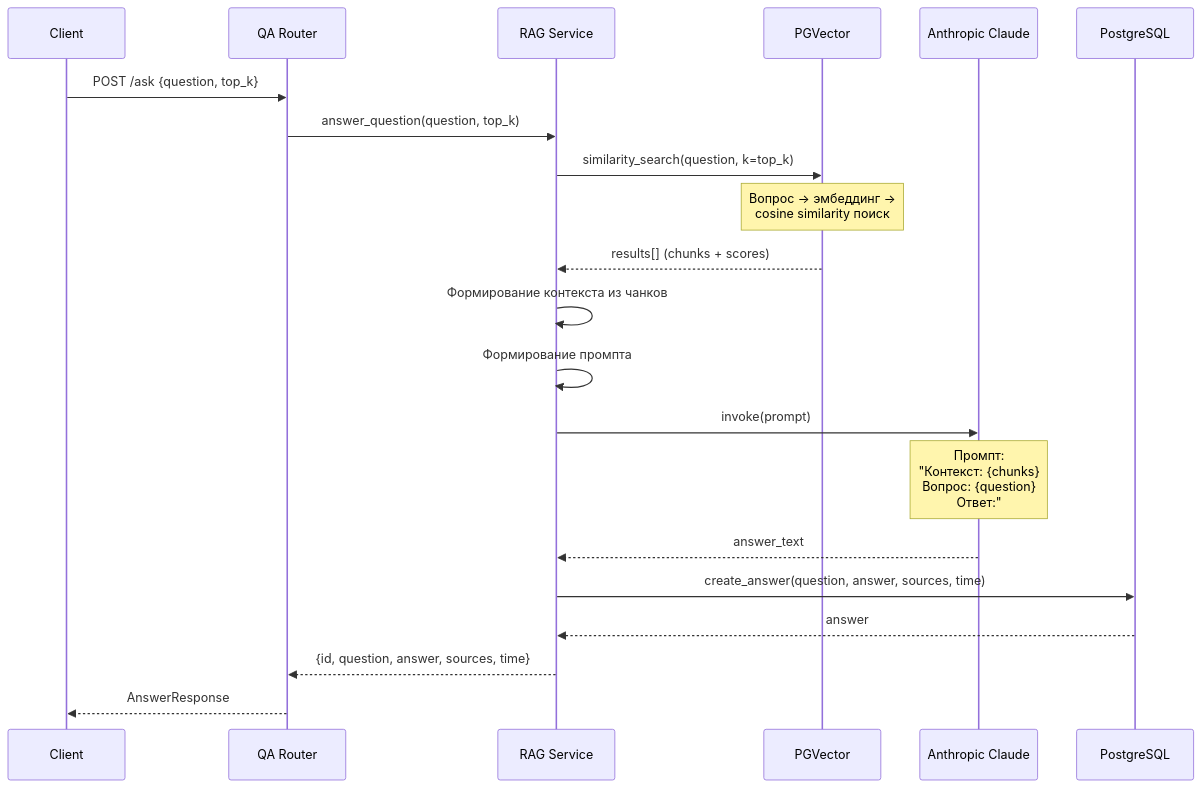
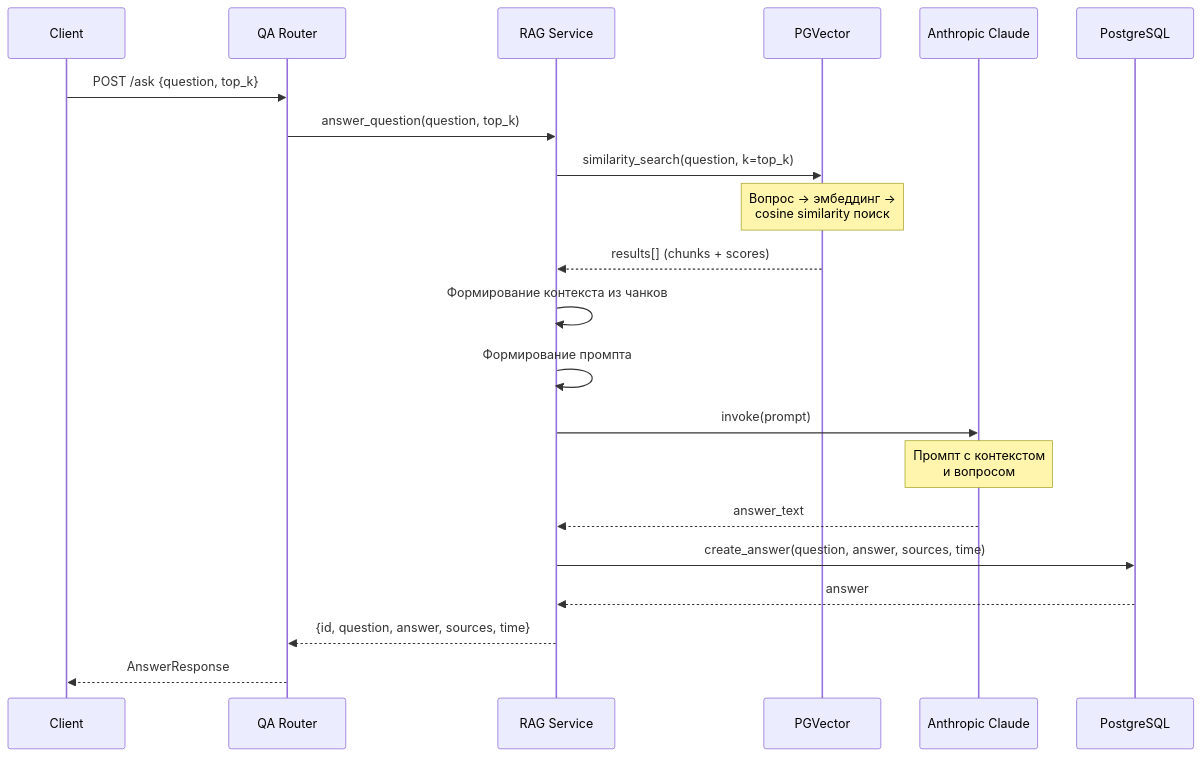
The fourth of 7 diagrams in README.md (rvnzz/docmind), drawn with Mermaid before and after one commit. The commit also changed other lines of this file, not shown here.

````diff
--- a/README.md
+++ b/README.md
@@ -292,29 +292,29 @@
 ```mermaid
 sequenceDiagram
     participant Client
     participant Router as QA Router
     participant RAG as RAG Service
     participant PGVec as PGVector
     participant LLM as Anthropic Claude
     participant DB as PostgreSQL
     
     Client->>Router: POST /ask {question, top_k}
     Router->>RAG: answer_question(question, top_k)
     
     RAG->>PGVec: similarity_search(question, k=top_k)
     Note over PGVec: Вопрос -> эмбеддинг -><br/>cosine similarity поиск
     PGVec-->>RAG: results[] (chunks + scores)
     
     RAG->>RAG: Формирование контекста из чанков
     RAG->>RAG: Формирование промпта
     
     RAG->>LLM: invoke(prompt)
-    Note over LLM: Промпт:<br/>"Контекст: {chunks}<br/>Вопрос: {question}<br/>Ответ:"
+    Note over LLM: Промпт с контекстом<br/>и вопросом
     LLM-->>RAG: answer_text
     
     RAG->>DB: create_answer(question, answer, sources, time)
     DB-->>RAG: answer
     
     RAG-->>Router: {id, question, answer, sources, time}
     Router-->>Client: AnswerResponse
 ```
````
